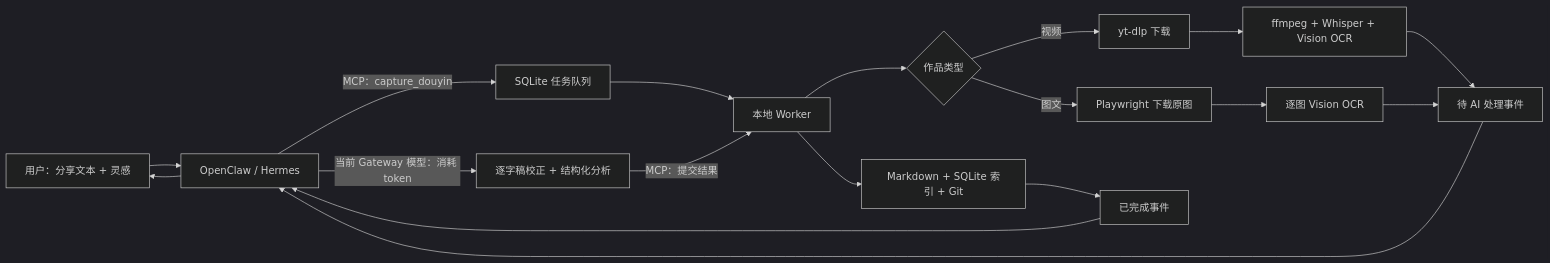
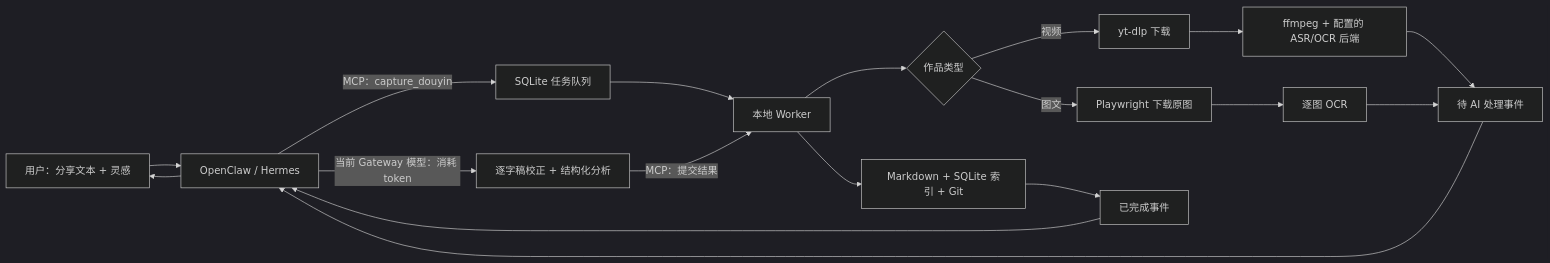
One commit to WYgao29/douyin-wiki changed the diagram in docs/gateway-agents.md. Above: the diagram before and after it, drawn with Mermaid (dark theme). The commit also changed other lines of this file and 49 other files, not shown here.

````diff
--- a/docs/gateway-agents.md
+++ b/docs/gateway-agents.md
@@ -8,20 +8,20 @@
 ```mermaid
 flowchart LR
     U["用户：分享文本 + 灵感"] --> G["OpenClaw / Hermes"]
     G -->|"MCP：capture_douyin"| Q["SQLite 任务队列"]
     Q --> W["本地 Worker"]
     W --> K{"作品类型"}
     K -->|"视频"| D["yt-dlp 下载"]
-    D --> T["ffmpeg + Whisper + Vision OCR"]
+    D --> T["ffmpeg + 配置的 ASR/OCR 后端"]
     K -->|"图文"| P["Playwright 下载原图"]
-    P --> O["逐图 Vision OCR"]
+    P --> O["逐图 OCR"]
     T --> E["待 AI 处理事件"]
     O --> E
     E --> G
     G -->|"当前 Gateway 模型：消耗 token"| C["逐字稿校正 + 结构化分析"]
     C -->|"MCP：提交结果"| W
     W --> V["Markdown + SQLite 索引 + Git"]
     V --> F["已完成事件"]
     F --> G
     G --> U
 ```
````
